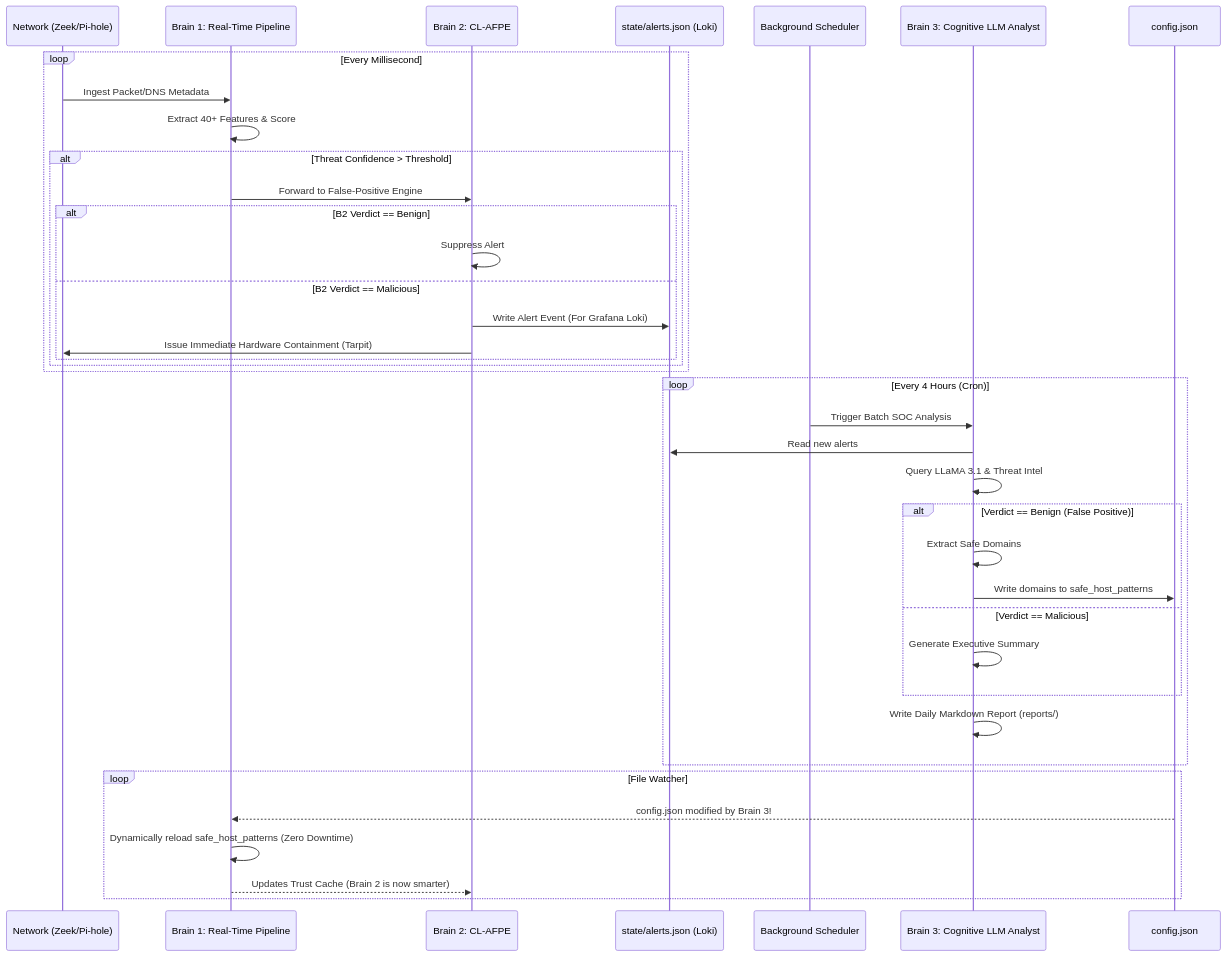
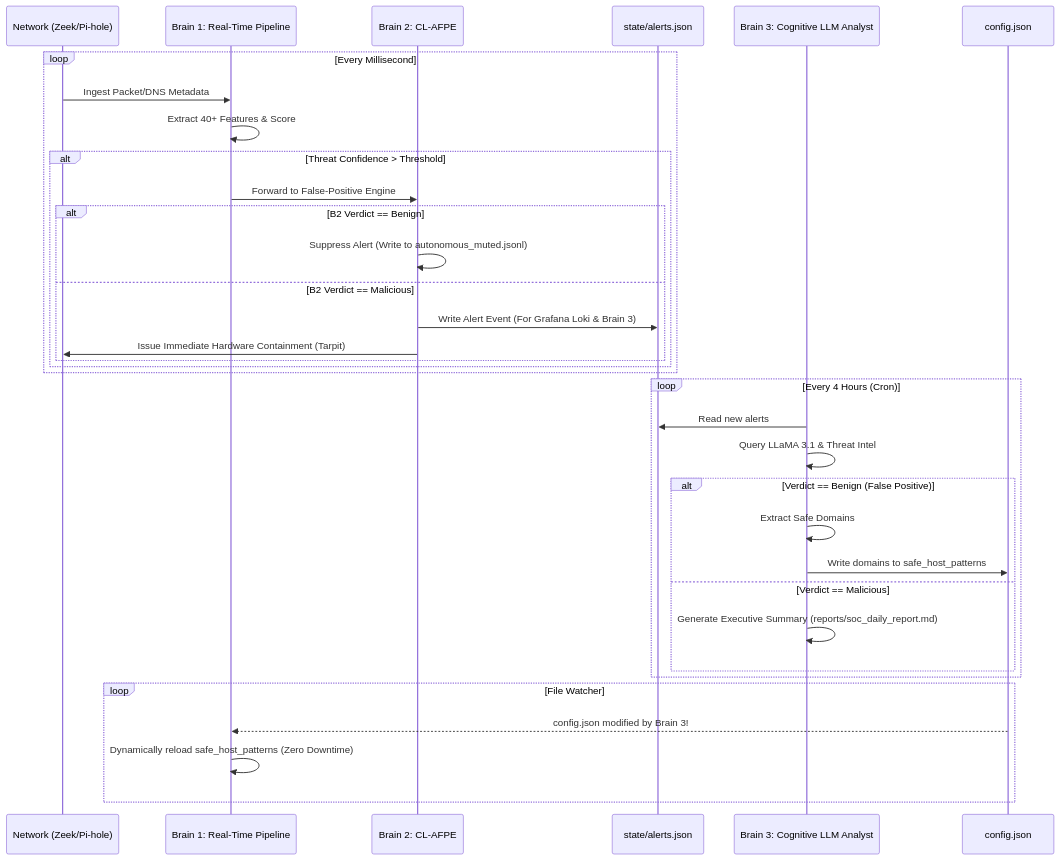
Before and after one commit to gsaket-sky/home-ids: the diagram in USER_MANUAL.md, drawn with Mermaid. The commit also changed other lines of this file, not shown here.

````diff
--- a/USER_MANUAL.md
+++ b/USER_MANUAL.md
@@ -42,46 +48,42 @@
 ```mermaid
 sequenceDiagram
     participant Net as Network (Zeek/Pi-hole)
     participant B1 as Brain 1: Real-Time Pipeline
     participant B2 as Brain 2: CL-AFPE
-    participant Alert as state/alerts.json (Loki)
-    participant Sched as Background Scheduler
+    participant Alert as state/alerts.json
     participant B3 as Brain 3: Cognitive LLM Analyst
     participant Cfg as config.json
 
     %% Real-time flow
     loop Every Millisecond
         Net->>B1: Ingest Packet/DNS Metadata
         B1->>B1: Extract 40+ Features & Score
         alt Threat Confidence > Threshold
             B1->>B2: Forward to False-Positive Engine
             alt B2 Verdict == Benign
-                B2->>B2: Suppress Alert
+                B2->>B2: Suppress Alert (Write to autonomous_muted.jsonl)
             else B2 Verdict == Malicious
-                B2->>Alert: Write Alert Event (For Grafana Loki)
+                B2->>Alert: Write Alert Event (For Grafana Loki & Brain 3)
                 B2->>Net: Issue Immediate Hardware Containment (Tarpit)
             end
         end
     end
 
     %% Background Scheduled Flow
     loop Every 4 Hours (Cron)
-        Sched->>B3: Trigger Batch SOC Analysis
         B3->>Alert: Read new alerts
         B3->>B3: Query LLaMA 3.1 & Threat Intel
         alt Verdict == Benign (False Positive)
             B3->>B3: Extract Safe Domains
             B3->>Cfg: Write domains to safe_host_patterns
         else Verdict == Malicious
-            B3->>B3: Generate Executive Summary
+            B3->>B3: Generate Executive Summary (reports/soc_daily_report.md)
         end
-        B3->>B3: Write Daily Markdown Report (reports/)
     end
 
-    %% Configuration Live Reload (Brain 3 Training Brain 1 & 2)
+    %% Configuration Live Reload (Brain 3 Training Brain 1)
     loop File Watcher
         Cfg-->>B1: config.json modified by Brain 3!
         B1->>B1: Dynamically reload safe_host_patterns (Zero Downtime)
-        B1-->>B2: Updates Trust Cache (Brain 2 is now smarter)
     end
 ```
````
